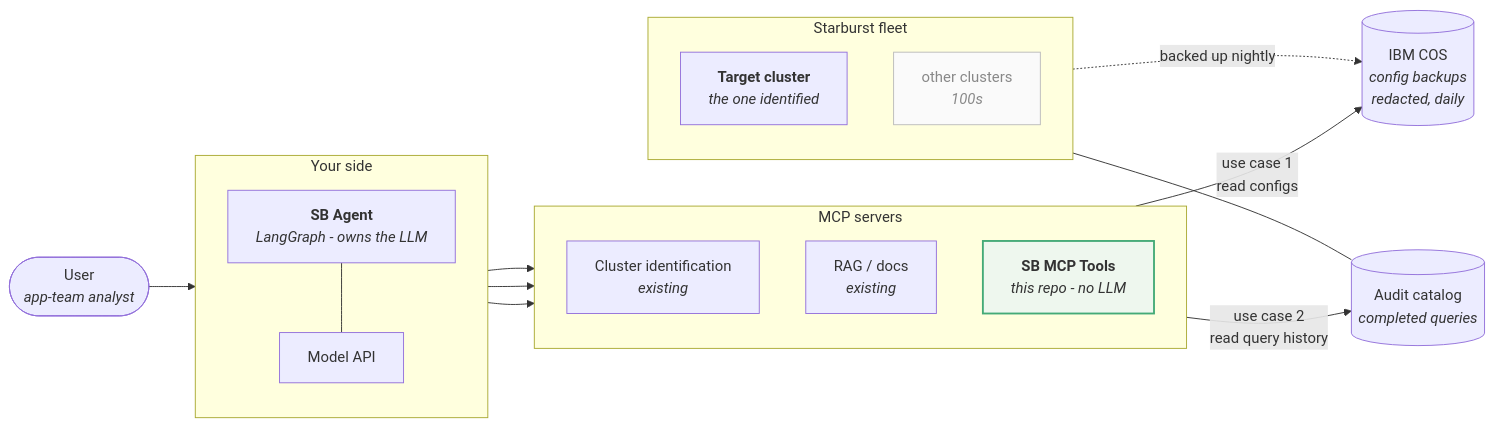
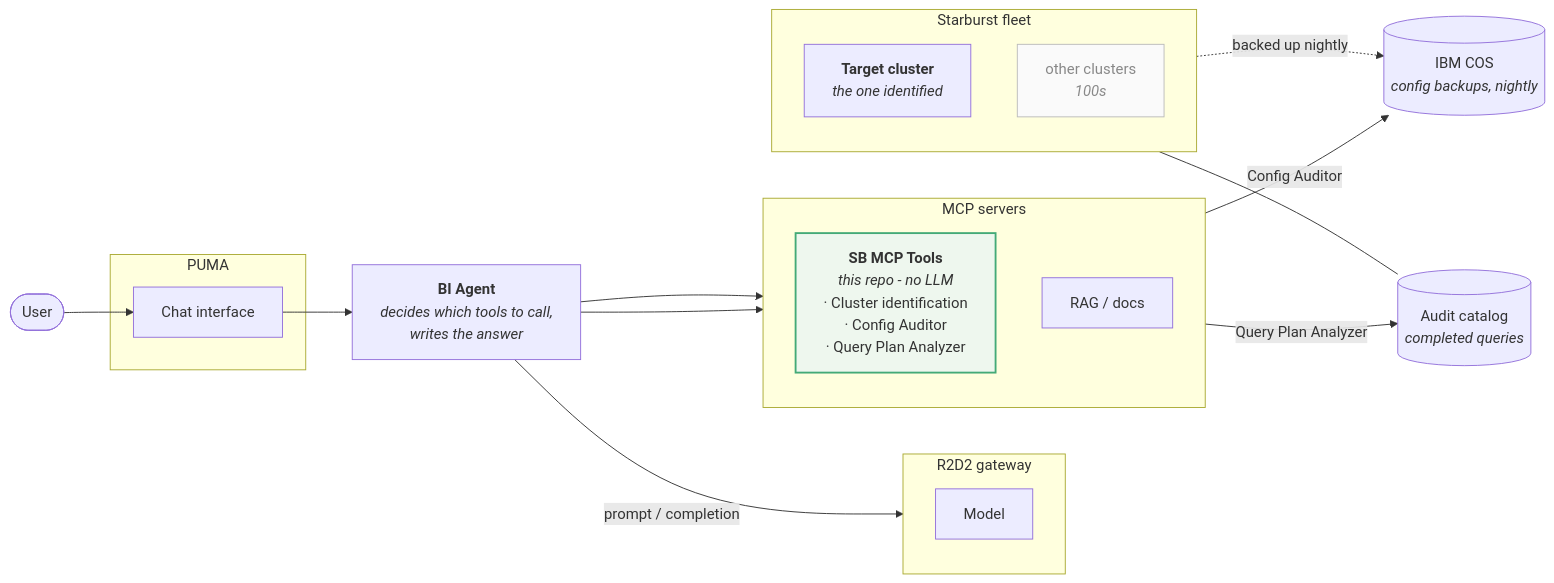
One commit to gopinathnelluri/sb-agent changed the first of 8 diagrams in architecture.md. Above: the diagram before and after it, drawn with Mermaid. The commit also changed other lines of this file, not shown here.

First line of the commit message:
Correct the component diagram to the real system

````diff
--- a/architecture.md
+++ b/architecture.md
@@ -15,42 +15,44 @@
 ```mermaid
 flowchart LR
-    user(["User<br/><i>app-team analyst</i>"])
+    user(["User"])
 
-    subgraph you["Your side"]
-        direction TB
-        agent["<b>SB Agent</b><br/><i>LangGraph - owns the LLM</i>"]
-        llm["Model API"]
-        agent --- llm
+    subgraph puma["PUMA"]
+        chat["Chat interface"]
+    end
+
+    agent["<b>BI Agent</b><br/><i>decides which tools to call,<br/>writes the answer</i>"]
+
+    subgraph r2d2["R2D2 gateway"]
+        model["Model"]
     end
 
     subgraph mcps["MCP servers"]
         direction TB
-        ident["Cluster identification<br/><i>existing</i>"]
-        rag["RAG / docs<br/><i>existing</i>"]
-        sb["<b>SB MCP Tools</b><br/><i>this repo - no LLM</i>"]
+        sb["<b>SB MCP Tools</b><br/><i>this repo - no LLM</i><br/>· Cluster identification<br/>· Config Auditor<br/>· Query Plan Analyzer"]
+        rag["RAG / docs"]
     end
 
     subgraph fleet["Starburst fleet"]
         direction TB
         target["<b>Target cluster</b><br/><i>the one identified</i>"]
         others["other clusters<br/><i>100s</i>"]
     end
 
-    cos[("IBM COS<br/><i>config backups</i><br/><i>redacted, daily</i>")]
+    cos[("IBM COS<br/><i>config backups, nightly</i>")]
     audit[("Audit catalog<br/><i>completed queries</i>")]
 
-    user --> agent
-    agent --> ident
+    user --> chat
+    chat --> agent
+    agent -->|"prompt / completion"| r2d2
+    agent --> sb
     agent --> rag
-    agent --> sb
-
-    sb -->|"use case 1<br/>read configs"| cos
-    sb -->|"use case 2<br/>read query history"| audit
+    sb -->|"Config Auditor"| cos
+    sb -->|"Query Plan Analyzer"| audit
     fleet -.->|"backed up nightly"| cos
     target --- audit
 
     classDef mine fill:#eef7ee,stroke:#4a7,stroke-width:2px
     classDef dim fill:#fafafa,stroke:#bbb,color:#888
     class sb mine
     class others dim
 ```
````
